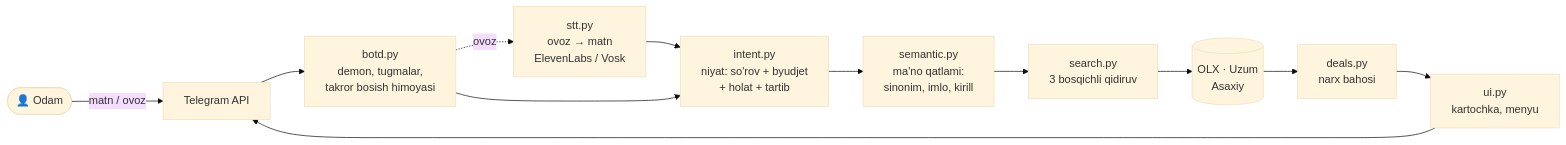
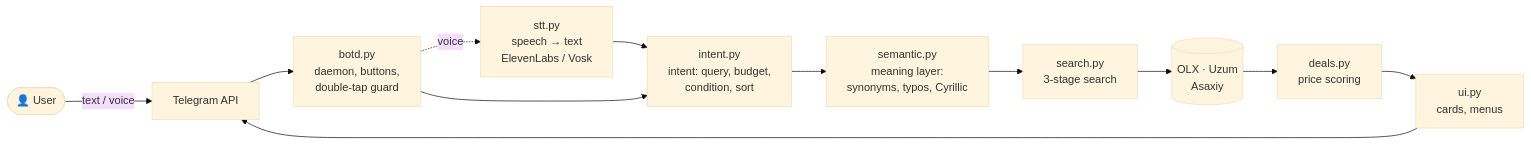
One commit to VohidovTohirjon/telegram-deal-hunter changed the first of 2 diagrams in README.md. Above: the diagram before and after it, drawn with Mermaid (base theme). The commit also changed other lines of this file and 1 other file, not shown here.

````diff
--- a/README.md
+++ b/README.md
@@ -193,14 +104,14 @@
 ```mermaid
 flowchart LR
-    U([👤 Odam]) -->|matn / ovoz| TG[Telegram API]
-    TG --> BOTD["botd.py<br/>demon, tugmalar,<br/>takror bosish himoyasi"]
-    BOTD -. ovoz .-> STT["stt.py<br/>ovoz → matn<br/>ElevenLabs / Vosk"]
+    U([👤 User]) -->|text / voice| TG[Telegram API]
+    TG --> BOTD["botd.py<br/>daemon, buttons,<br/>double-tap guard"]
+    BOTD -. voice .-> STT["stt.py<br/>speech → text<br/>ElevenLabs / Vosk"]
     STT --> INT
-    BOTD --> INT["intent.py<br/>niyat: so'rov + byudjet<br/>+ holat + tartib"]
-    INT --> SEM["semantic.py<br/>ma'no qatlami:<br/>sinonim, imlo, kirill"]
-    SEM --> SR["search.py<br/>3 bosqichli qidiruv"]
+    BOTD --> INT["intent.py<br/>intent: query, budget,<br/>condition, sort"]
+    INT --> SEM["semantic.py<br/>meaning layer:<br/>synonyms, typos, Cyrillic"]
+    SEM --> SR["search.py<br/>3-stage search"]
     SR --> SRC[("OLX · Uzum<br/>Asaxiy")]
-    SRC --> DL["deals.py<br/>narx bahosi"]
-    DL --> UI["ui.py<br/>kartochka, menyu"]
+    SRC --> DL["deals.py<br/>price scoring"]
+    DL --> UI["ui.py<br/>cards, menus"]
     UI --> TG
 ```
````
